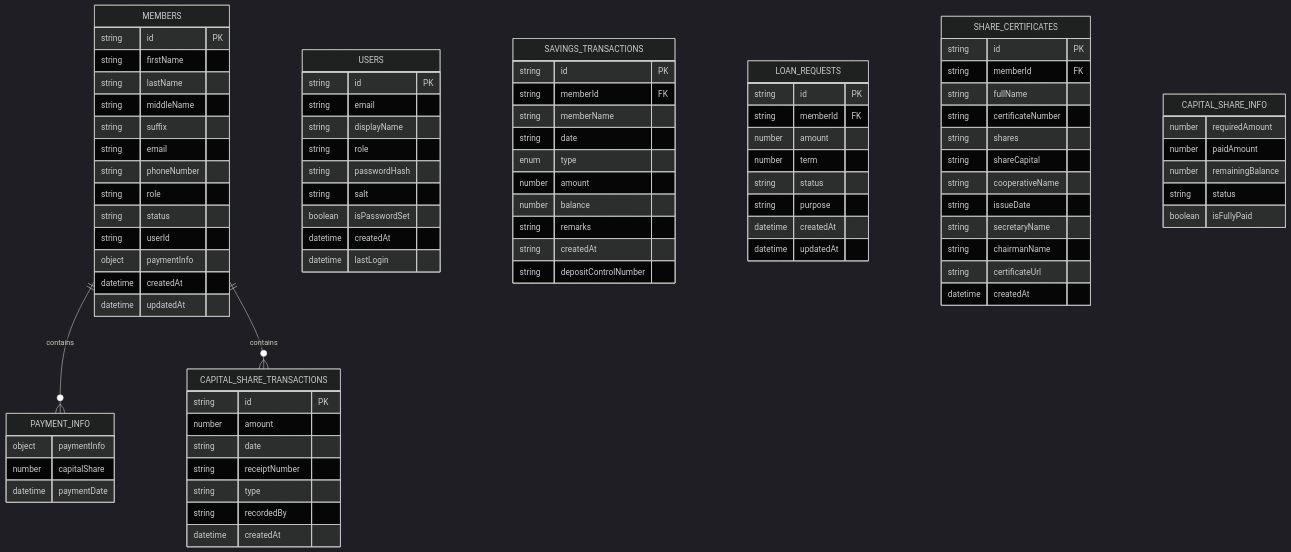
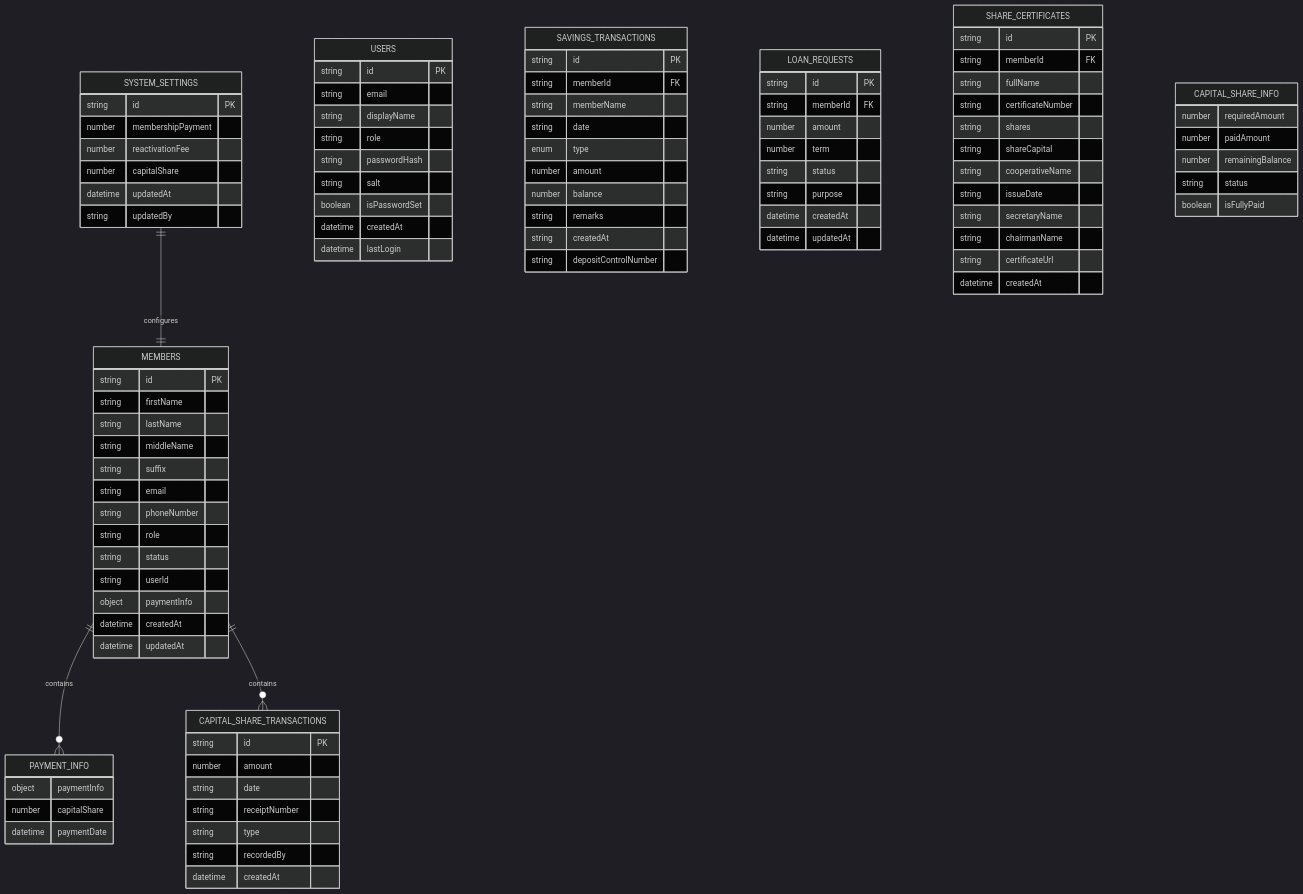
The second of 18 diagrams in .qoder/repowiki/en/content/Project Overview/Core Features & Functionality/Administrative Features/Capital Shares Management System.md (Unsure-bry/sampacoop_system), drawn with Mermaid (dark theme) before and after one commit. The commit also changed other lines of this file and 5 other files, not shown here.

````diff
--- a/.qoder/repowiki/en/content/Project Overview/Core Features & Functionality/Administrative Features/Capital Shares Management System.md
+++ b/.qoder/repowiki/en/content/Project Overview/Core Features & Functionality/Administrative Features/Capital Shares Management System.md
@@ -157,5 +170,13 @@
 ```mermaid
 erDiagram
+SYSTEM_SETTINGS {
+string id PK
+number membershipPayment
+number reactivationFee
+number capitalShare
+datetime updatedAt
+string updatedBy
+}
 MEMBERS {
 string id PK
 string firstName
@@ -239,6 +260,7 @@
 string recordedBy
 datetime createdAt
 }
+SYSTEM_SETTINGS ||--|| MEMBERS : configures
 MEMBERS ||--o{ PAYMENT_INFO : contains
 MEMBERS ||--o{ CAPITAL_SHARE_TRANSACTIONS : contains
 ```
````
